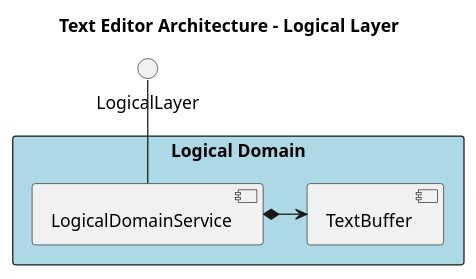
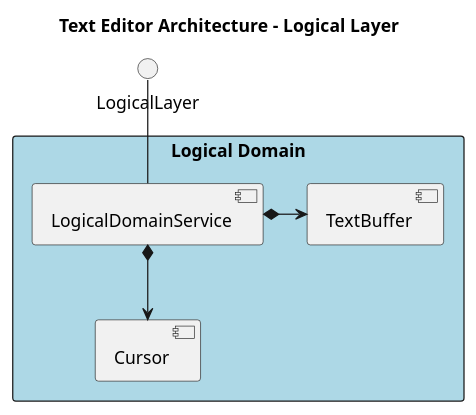
The diagram in docs/source/specs/architecture/diagrams/logical_components.puml (JoeRittiner/TextEngine), drawn with PlantUML before and after one commit. The commit also changed 12 other files, not shown here.

First line of the commit message:
doc: Update the index and main diagrams.

```diff
--- a/docs/source/specs/architecture/diagrams/logical_components.puml
+++ b/docs/source/specs/architecture/diagrams/logical_components.puml
@@ -1,16 +1,18 @@
 @startuml
 
 title Text Editor Architecture - Logical Layer
 
 interface LogicalLayer
 
 rectangle "Logical Domain" #LightBlue {
    component LogicalDomainService
    component "TextBuffer"
+   component "Cursor"
 }
 
 LogicalDomainService *-> TextBuffer
+LogicalDomainService *--> Cursor
 
 LogicalLayer -- LogicalDomainService
 
 @enduml
```
